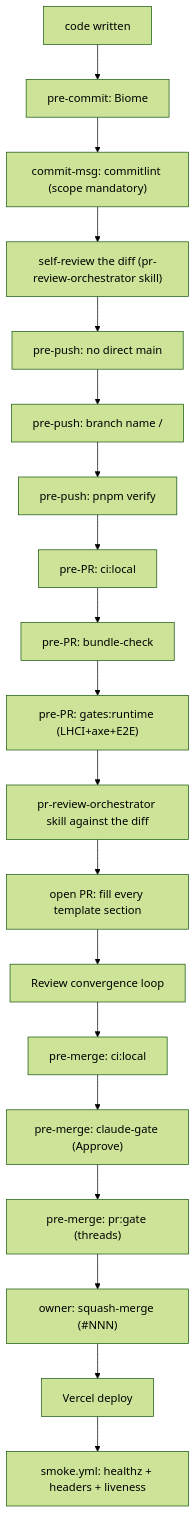
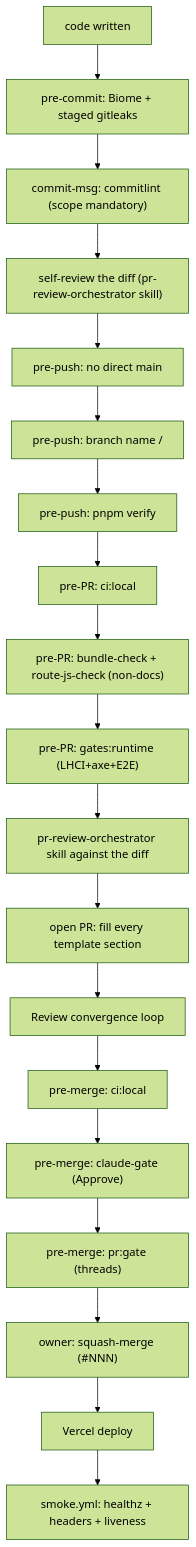
One commit to erikunha/portfolio changed the first of 2 diagrams in docs/handbook/review-merge-release.md. Above: the diagram before and after it, drawn with Mermaid (forest theme). The commit also changed other lines of this file and 10 other files, not shown here.

````diff
--- a/docs/handbook/review-merge-release.md
+++ b/docs/handbook/review-merge-release.md
@@ -7,21 +7,21 @@
 ```mermaid
 flowchart TD
-    write["code written"] --> c1["pre-commit: Biome"]
+    write["code written"] --> c1["pre-commit: Biome + staged gitleaks"]
     c1 --> c2["commit-msg: commitlint (scope mandatory)"]
     c2 --> selfreview["self-review the diff (pr-review-orchestrator skill)"]
     selfreview --> p1["pre-push: no direct main"]
     p1 --> p2["pre-push: branch name <type>/<desc>"]
     p2 --> p5["pre-push: pnpm verify"]
     p5 --> r1["pre-PR: ci:local"]
-    r1 --> r2["pre-PR: bundle-check"]
+    r1 --> r2["pre-PR: bundle-check + route-js-check (non-docs)"]
     r2 --> r4["pre-PR: gates:runtime (LHCI+axe+E2E)"]
     r4 --> r5["pr-review-orchestrator skill against the diff"]
     r5 --> o1["open PR: fill every template section"]
     o1 --> o2["Review convergence loop"]
     o2 --> m1["pre-merge: ci:local"]
     m1 --> m3["pre-merge: claude-gate (Approve)"]
     m3 --> m4["pre-merge: pr:gate (threads)"]
     m4 --> merge["owner: squash-merge (#NNN)"]
     merge --> deploy["Vercel deploy"]
     deploy --> smoke["smoke.yml: healthz + headers + liveness"]
 ```
````
